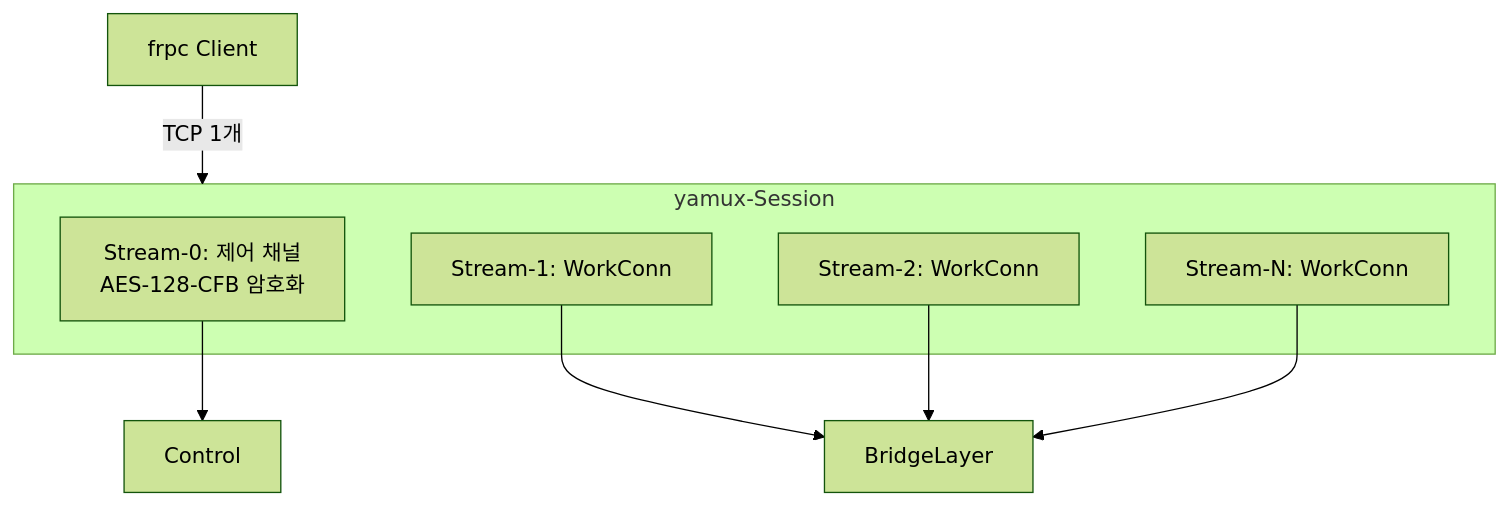
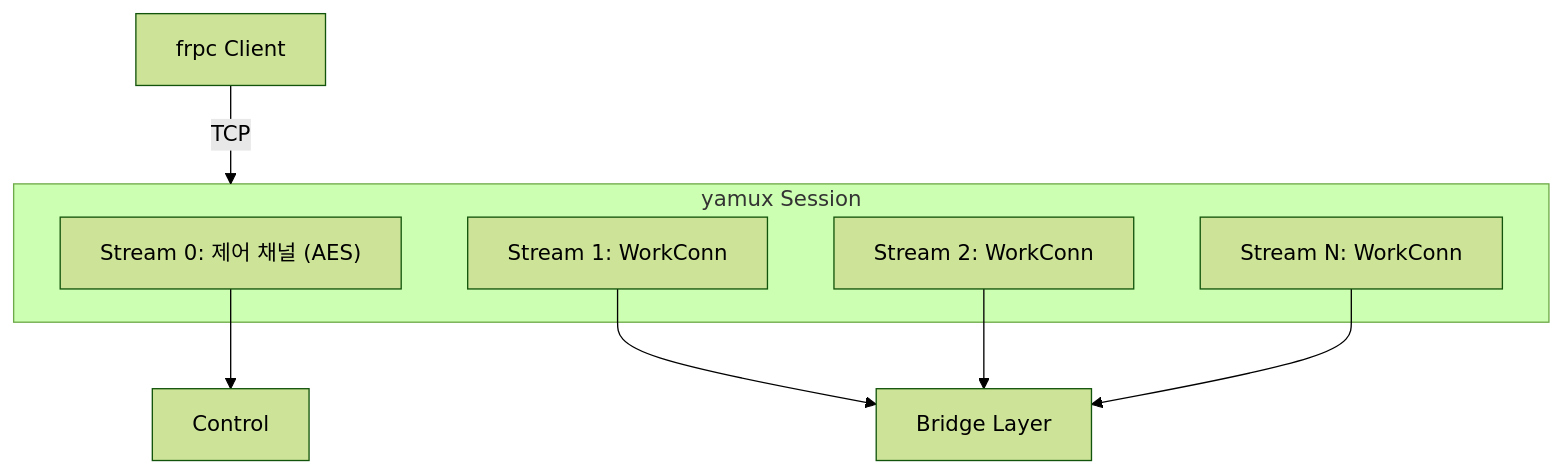
Before and after one commit to cagojeiger/drp: the first of 6 diagrams in docs/architecture/protocol-layer.md, drawn with Mermaid (forest theme). The commit also changed other lines of this file and 2 other files, not shown here.

First line of the commit message:
fix(docs): fix Mermaid syntax for VS Code compatibility

````diff
--- a/docs/architecture/protocol-layer.md
+++ b/docs/architecture/protocol-layer.md
@@ -10,17 +10,17 @@
 ```mermaid
 graph TB
     frpc[frpc Client]
 
-    subgraph yamux-Session
-        S0[Stream-0: 제어 채널<br/>AES-128-CFB 암호화]
-        S1[Stream-1: WorkConn]
-        S2[Stream-2: WorkConn]
-        SN[Stream-N: WorkConn]
+    subgraph YamuxSession["yamux Session"]
+        S0["Stream 0: 제어 채널 (AES)"]
+        S1["Stream 1: WorkConn"]
+        S2["Stream 2: WorkConn"]
+        SN["Stream N: WorkConn"]
     end
 
-    frpc -->|TCP 1개| yamux-Session
-    S0 --> Control
-    S1 --> BridgeLayer
-    S2 --> BridgeLayer
-    SN --> BridgeLayer
+    frpc -->|TCP| YamuxSession
+    S0 --> Ctrl[Control]
+    S1 --> BL[Bridge Layer]
+    S2 --> BL
+    SN --> BL
 ```
````
